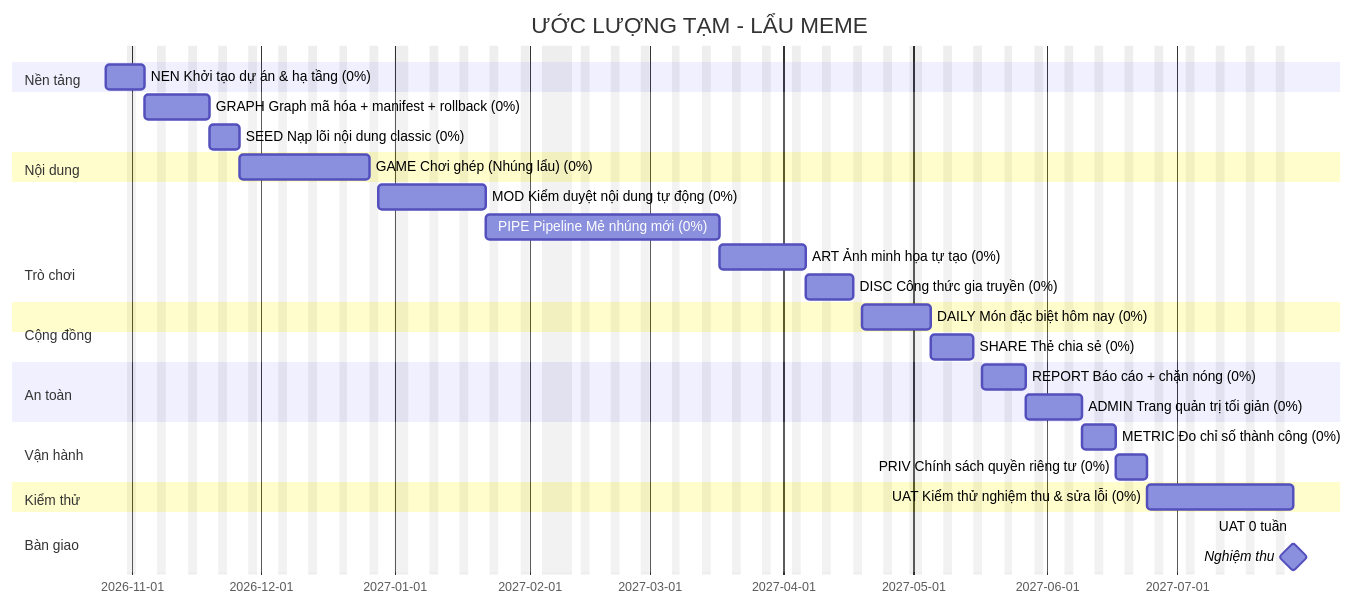
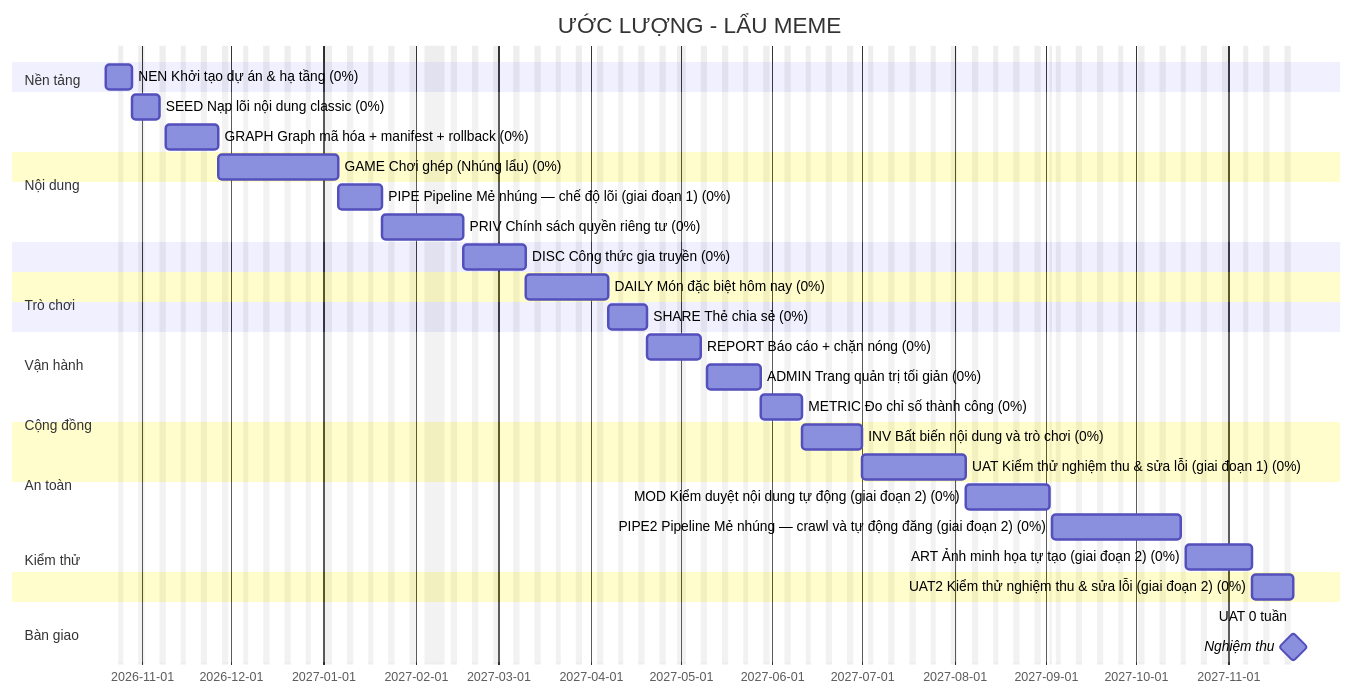
The diagram in docs/plan/gantt.md (thucnq/lau-meme), drawn with Mermaid before and after one commit. The commit also changed other lines of this file and 6 other files, not shown here.

First line of the commit message:
plan: ước lượng theo AC + kế hoạch gốc từ 2026-10-20

````diff
--- a/docs/plan/gantt.md
+++ b/docs/plan/gantt.md
@@ -5,35 +5,41 @@
 ```mermaid
 gantt
-    title ƯỚC LƯỢNG TẠM - LẨU MEME
+    title ƯỚC LƯỢNG - LẨU MEME
     dateFormat YYYY-MM-DD
-    excludes weekends, 2027-01-01, 2027-02-04, 2027-02-05, 2027-02-06, 2027-02-07, 2027-02-08, 2027-02-09, 2027-02-10, 2027-04-30, 2027-05-01, 2027-09-02
+    excludes weekends, 2027-01-01, 2027-02-04, 2027-02-05, 2027-02-06, 2027-02-07, 2027-02-08, 2027-02-09, 2027-02-10, 2027-04-30, 2027-05-01, 2027-09-02, 2028-01-01
     todayMarker stroke-width:2px,stroke:#d33
     section Nền tảng
-    NEN Khởi tạo dự án & hạ tầng (0%) :NEN, 2026-10-26, 7d
+    NEN Khởi tạo dự án & hạ tầng (0%) :NEN, 2026-10-20, 7d
     section Nội dung
-    GRAPH Graph mã hóa + manifest + rollback (0%) :GRAPH, 2026-11-04, 11d
-    SEED Nạp lõi nội dung classic (0%) :SEED, 2026-11-19, 5d
+    SEED Nạp lõi nội dung classic (0%) :SEED, 2026-10-29, 7d
+    GRAPH Graph mã hóa + manifest + rollback (0%) :GRAPH, 2026-11-09, 14d
     section Trò chơi
-    GAME Chơi ghép (Nhúng lẩu) (0%) :GAME, 2026-11-26, 22d
+    GAME Chơi ghép (Nhúng lẩu) (0%) :GAME, 2026-11-27, 27d
     section Nội dung
-    MOD Kiểm duyệt nội dung tự động (0%) :MOD, 2026-12-28, 18d
-    PIPE Pipeline Mẻ nhúng mới (0%) :PIPE, 2027-01-22, 33d
-    ART Ảnh minh họa tự tạo (0%) :ART, 2027-03-17, 14d
+    PIPE Pipeline Mẻ nhúng — chế độ lõi (giai đoạn 1) (0%) :PIPE, 2027-01-06, 11d
+    section Vận hành
+    PRIV Chính sách quyền riêng tư (0%) :PRIV, 2027-01-21, 14d
     section Cộng đồng
-    DISC Công thức gia truyền (0%) :DISC, 2027-04-06, 9d
+    DISC Công thức gia truyền (0%) :DISC, 2027-02-17, 15d
     section Trò chơi
-    DAILY Món đặc biệt hôm nay (0%) :DAILY, 2027-04-19, 11d
+    DAILY Món đặc biệt hôm nay (0%) :DAILY, 2027-03-10, 20d
     section Cộng đồng
-    SHARE Thẻ chia sẻ (0%) :SHARE, 2027-05-05, 8d
+    SHARE Thẻ chia sẻ (0%) :SHARE, 2027-04-07, 9d
     section An toàn
-    REPORT Báo cáo + chặn nóng (0%) :REPORT, 2027-05-17, 8d
-    ADMIN Trang quản trị tối giản (0%) :ADMIN, 2027-05-27, 9d
+    REPORT Báo cáo + chặn nóng (0%) :REPORT, 2027-04-20, 13d
+    ADMIN Trang quản trị tối giản (0%) :ADMIN, 2027-05-10, 14d
     section Vận hành
-    METRIC Đo chỉ số thành công (0%) :METRIC, 2027-06-09, 6d
-    PRIV Chính sách quyền riêng tư (0%) :PRIV, 2027-06-17, 5d
+    METRIC Đo chỉ số thành công (0%) :METRIC, 2027-05-28, 10d
     section Kiểm thử
-    UAT Kiểm thử nghiệm thu & sửa lỗi (0%) :UAT, 2027-06-24, 24d
+    INV Bất biến nội dung và trò chơi (0%) :INV, 2027-06-11, 14d
+    UAT Kiểm thử nghiệm thu & sửa lỗi (giai đoạn 1) (0%) :UAT, 2027-07-01, 25d
+    section Nội dung
+    MOD Kiểm duyệt nội dung tự động (giai đoạn 2) (0%) :MOD, 2027-08-05, 20d
+    PIPE2 Pipeline Mẻ nhúng — crawl và tự động đăng (giai đoạn 2) (0%) :PIPE2, 2027-09-03, 31d
+    ART Ảnh minh họa tự tạo (giai đoạn 2) (0%) :ART, 2027-10-18, 16d
+    section Kiểm thử
+    UAT2 Kiểm thử nghiệm thu & sửa lỗi (giai đoạn 2) (0%) :UAT2, 2027-11-09, 10d
     section Bàn giao
-    UAT 0 tuần :uat, 2027-07-28, 0d
-    Nghiệm thu :milestone, 2027-07-28, 0d
+    UAT 0 tuần :uat, 2027-11-23, 0d
+    Nghiệm thu :milestone, 2027-11-23, 0d
 ```
````
